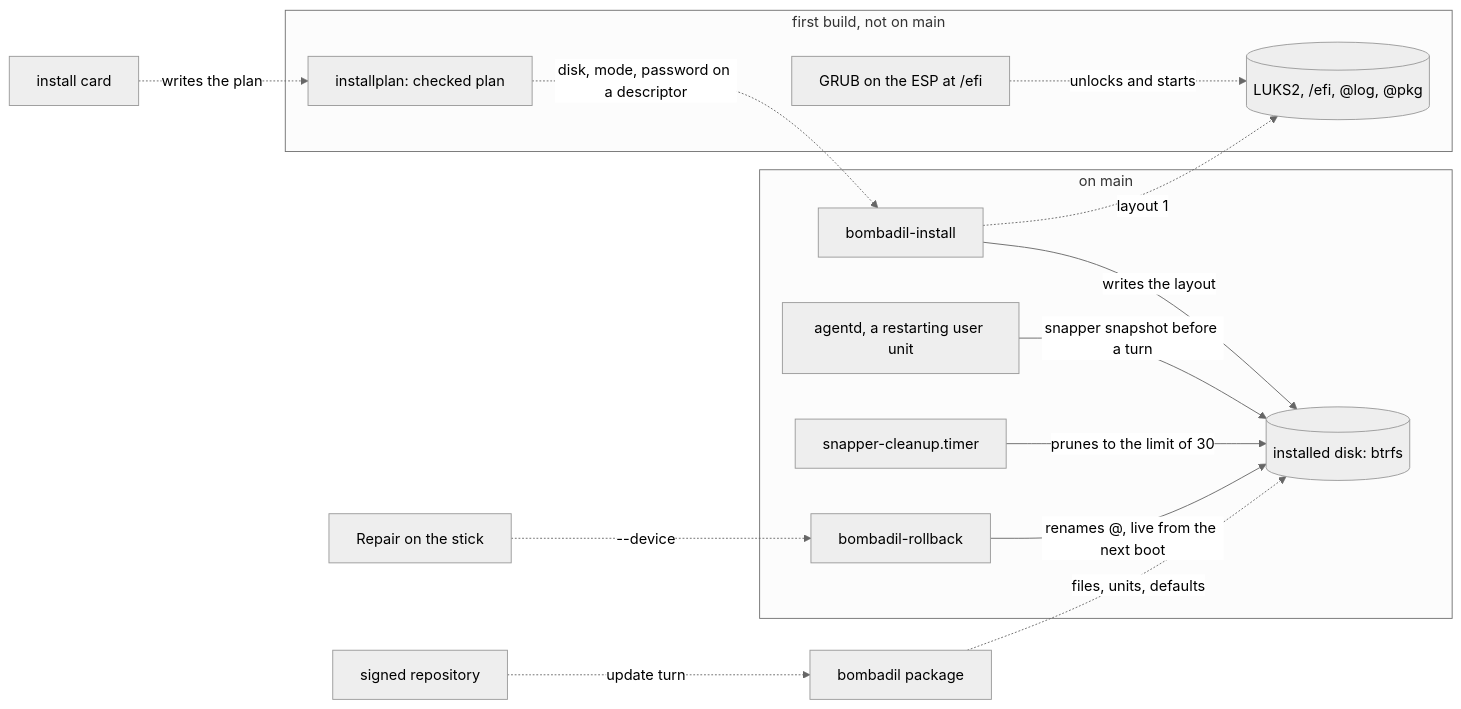
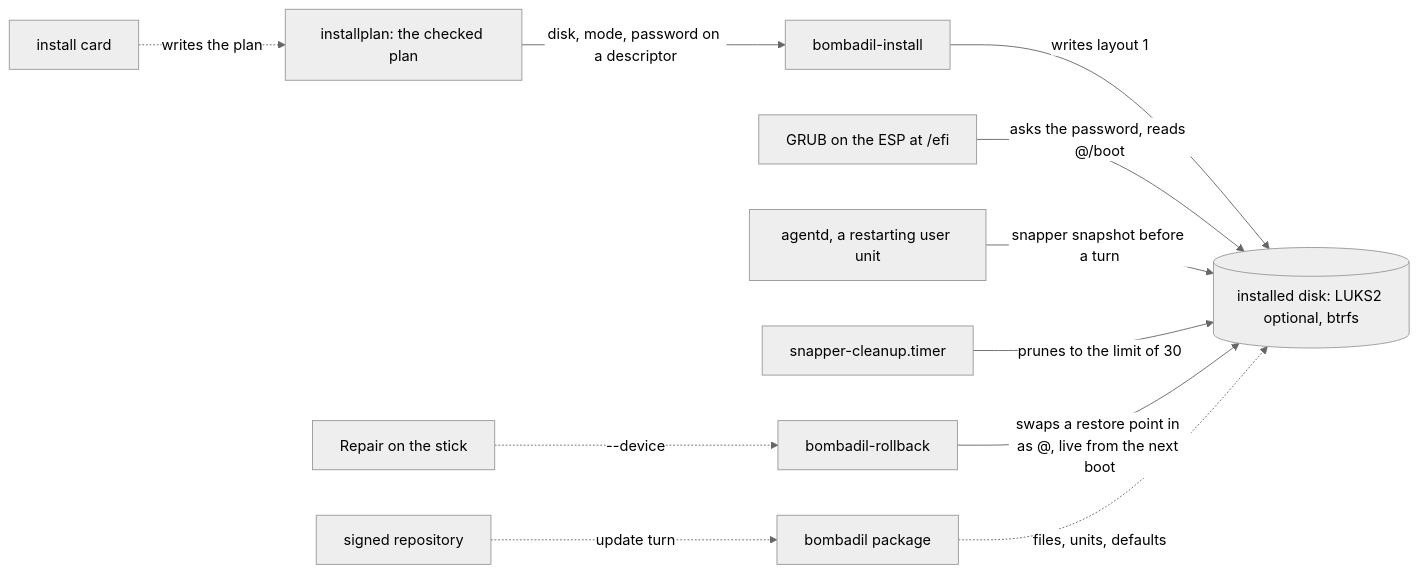
Before and after one commit to thedefaultman/Bombadil: the fourth of 4 diagrams in docs/architecture/installed-os.md, drawn with Mermaid (neutral theme). The commit also changed other lines of this file and 22 other files, not shown here.

First line of the commit message:
docs: architecture, UX and brand pages brought up to date for the installed OS, the Tips app and card, and idle cost

````diff
--- a/docs/architecture/installed-os.md
+++ b/docs/architecture/installed-os.md
@@ -54,30 +164,13 @@
 ```mermaid
 flowchart LR
-    subgraph onmain["on main"]
-        INSTALL["bombadil-install"]
-        AGENTD["agentd, a restarting user unit"]
-        ROLLBACK["bombadil-rollback"]
-        CLEAN["snapper-cleanup.timer"]
-        DISK[("installed disk: btrfs")]
-    end
-    subgraph first["first build, not on main"]
-        PLAN["installplan: checked plan"]
-        LUKS[("LUKS2, /efi, @log, @pkg")]
-        GRUB["GRUB on the ESP at /efi"]
-    end
-    CARD["install card"]
-    PKG["bombadil package"]
-    REPO["signed repository"]
-    REPAIR["Repair on the stick"]
-    INSTALL -->|"writes the layout"| DISK
-    AGENTD -->|"snapper snapshot before a turn"| DISK
-    CLEAN -->|"prunes to the limit of 30"| DISK
-    ROLLBACK -->|"renames @, live from the next boot"| DISK
-    PLAN -.->|"disk, mode, password on a descriptor"| INSTALL
-    INSTALL -.->|"layout 1"| LUKS
-    GRUB -.->|"unlocks and starts"| LUKS
-    CARD -.->|"writes the plan"| PLAN
-    REPO -.->|"update turn"| PKG
+    PLAN["installplan: the checked plan"] -->|"disk, mode, password on a descriptor"| INSTALL["bombadil-install"]
+    INSTALL -->|"writes layout 1"| DISK[("installed disk: LUKS2 optional, btrfs")]
+    GRUB["GRUB on the ESP at /efi"] -->|"asks the password, reads @/boot"| DISK
+    AGENTD["agentd, a restarting user unit"] -->|"snapper snapshot before a turn"| DISK
+    CLEAN["snapper-cleanup.timer"] -->|"prunes to the limit of 30"| DISK
+    ROLLBACK["bombadil-rollback"] -->|"swaps a restore point in as @, live from the next boot"| DISK
+    CARD["install card"] -.->|"writes the plan"| PLAN
+    REPO["signed repository"] -.->|"update turn"| PKG["bombadil package"]
     PKG -.->|"files, units, defaults"| DISK
-    REPAIR -.->|"--device"| ROLLBACK
+    REPAIR["Repair on the stick"] -.->|"--device"| ROLLBACK
 ```
````
